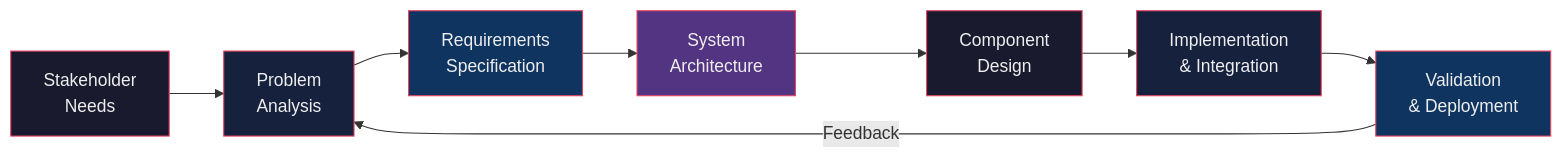
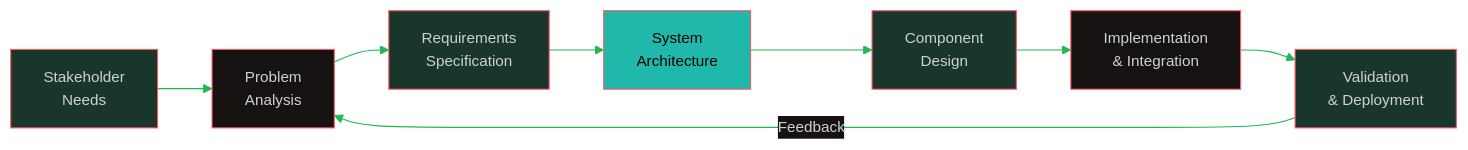
One commit to oat431/swe-knowledge changed the first of 9 diagrams in computing-foundation-note/Fundamental/00 Basic Concepts of a System.md. Above: the diagram before and after it, drawn with Mermaid. The commit also changed other lines of this file and 139 other files, not shown here.

````diff
--- a/computing-foundation-note/Fundamental/00 Basic Concepts of a System.md
+++ b/computing-foundation-note/Fundamental/00 Basic Concepts of a System.md
@@ -69,19 +69,20 @@
 ```mermaid
+%%{init: {'theme':'base','themeVariables':{'primaryColor':'#19362D','primaryTextColor':'#CDD3D1','primaryBorderColor':'#1FB854','lineColor':'#1FB854','secondaryColor':'#161212','tertiaryColor':'#1B1717','background':'#1B1717','mainBkg':'#19362D','nodeBorder':'#1FB854','clusterBkg':'#161212','clusterBorder':'#19362D','titleColor':'#1FB854','edgeLabelBackground':'#161212','fontSize':'14px'}}}%%
 flowchart LR
     A["Stakeholder\nNeeds"] --> B["Problem\nAnalysis"]
     B --> C["Requirements\nSpecification"]
     C --> D["System\nArchitecture"]
     D --> E["Component\nDesign"]
     E --> F["Implementation\n& Integration"]
     F --> G["Validation\n& Deployment"]
     
     G -->|"Feedback"| B
     
-    style A fill:#1a1a2e,stroke:#e94560,color:#eee
-    style B fill:#16213e,stroke:#e94560,color:#eee
-    style C fill:#0f3460,stroke:#e94560,color:#eee
-    style D fill:#533483,stroke:#e94560,color:#eee
-    style E fill:#1a1a2e,stroke:#e94560,color:#eee
-    style F fill:#16213e,stroke:#e94560,color:#eee
-    style G fill:#0f3460,stroke:#e94560,color:#eee
+    style A fill:#19362D,stroke:#FF5861,color:#CDD3D1
+    style B fill:#161212,stroke:#FF5861,color:#CDD3D1
+    style C fill:#19362D,stroke:#FF5861,color:#CDD3D1
+    style D fill:#1FB8AB,stroke:#FF5861,color:#000000
+    style E fill:#19362D,stroke:#FF5861,color:#CDD3D1
+    style F fill:#161212,stroke:#FF5861,color:#CDD3D1
+    style G fill:#19362D,stroke:#FF5861,color:#CDD3D1
 ```
````
